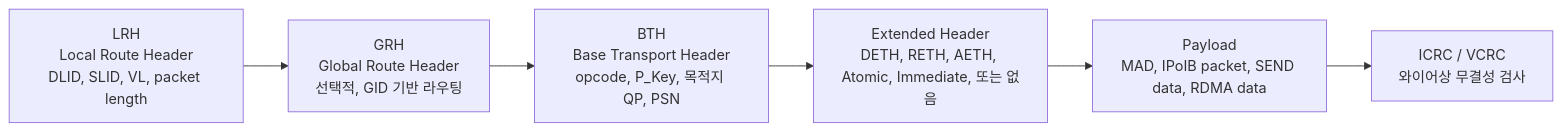
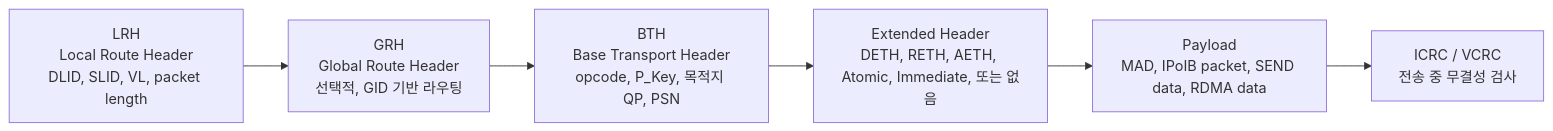
Before and after one commit to ziwon/ai-data-center-network: the third of 9 diagrams in ai-data-center-network/ib-packet-analysis/README_KO.md, drawn with Mermaid. The commit also changed other lines of this file and 1 other file, not shown here.

````diff
--- a/ai-data-center-network/ib-packet-analysis/README_KO.md
+++ b/ai-data-center-network/ib-packet-analysis/README_KO.md
@@ -407,11 +407,11 @@
 ```mermaid
 flowchart LR
     LRH["LRH<br/>Local Route Header<br/>DLID, SLID, VL, packet length"]
     GRH["GRH<br/>Global Route Header<br/>선택적, GID 기반 라우팅"]
     BTH["BTH<br/>Base Transport Header<br/>opcode, P_Key, 목적지 QP, PSN"]
     EXT["Extended Header<br/>DETH, RETH, AETH, Atomic, Immediate, 또는 없음"]
     PAYLOAD["Payload<br/>MAD, IPoIB packet, SEND data, RDMA data"]
-    CRC["ICRC / VCRC<br/>와이어상 무결성 검사"]
+    CRC["ICRC / VCRC<br/>전송 중 무결성 검사"]
 
     LRH --> GRH --> BTH --> EXT --> PAYLOAD --> CRC
 ```
````
